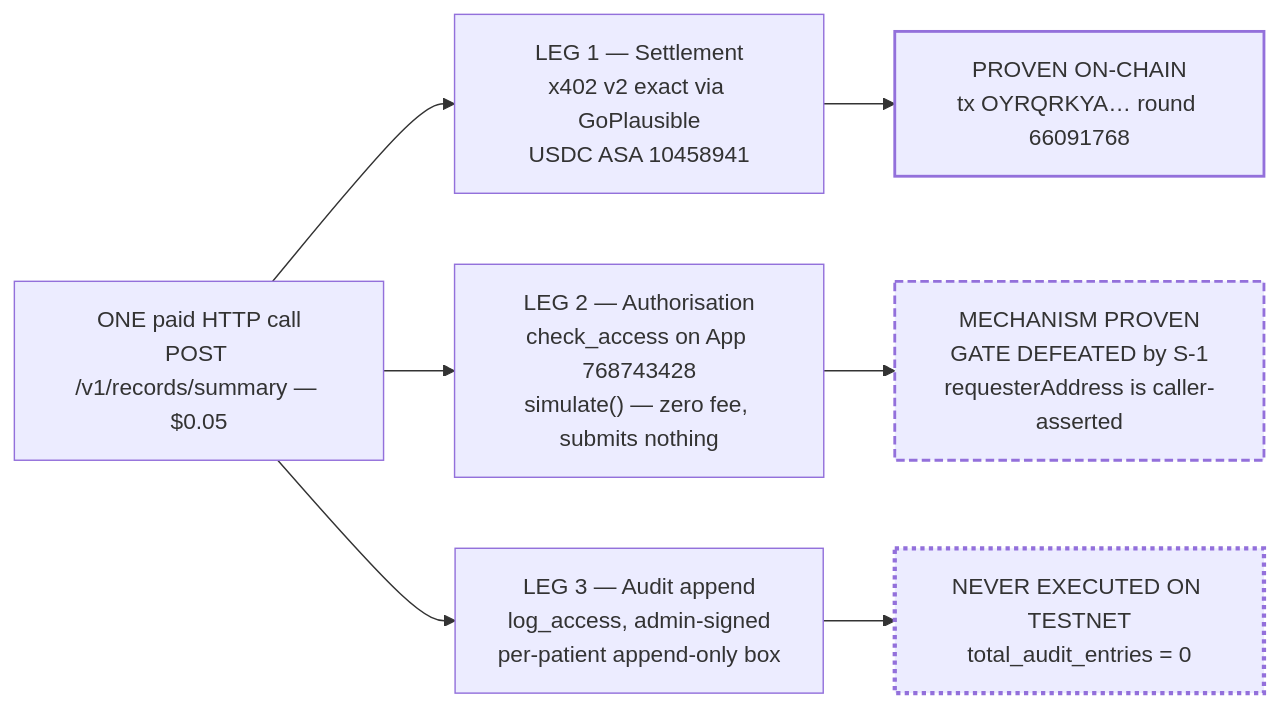
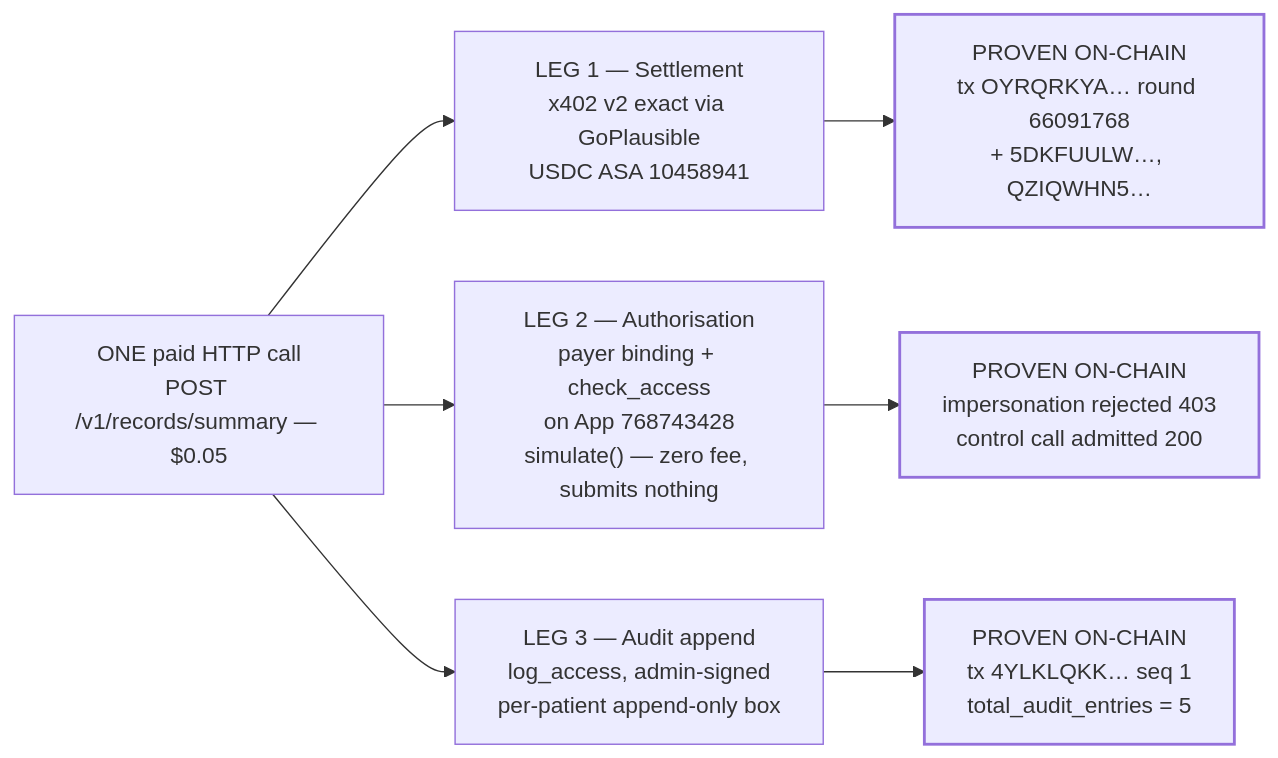
One commit to Hydra-Of-Malice/Medrail changed the diagram in docs/01_Product/USP_Novelty.md. Above: the diagram before and after it, drawn with Mermaid. The commit also changed other lines of this file and 77 other files, not shown here.

````diff
--- a/docs/01_Product/USP_Novelty.md
+++ b/docs/01_Product/USP_Novelty.md
@@ -29,18 +21,18 @@
 ```mermaid
 flowchart LR
     Call["ONE paid HTTP call<br/>POST /v1/records/summary — $0.05"]
     L1["LEG 1 — Settlement<br/>x402 v2 exact via GoPlausible<br/>USDC ASA 10458941"]
-    L2["LEG 2 — Authorisation<br/>check_access on App 768743428<br/>simulate() — zero fee, submits nothing"]
+    L2["LEG 2 — Authorisation<br/>payer binding + check_access<br/>on App 768743428<br/>simulate() — zero fee, submits nothing"]
     L3["LEG 3 — Audit append<br/>log_access, admin-signed<br/>per-patient append-only box"]
-    V1["PROVEN ON-CHAIN<br/>tx OYRQRKYA… round 66091768"]
-    V2["MECHANISM PROVEN<br/>GATE DEFEATED by S-1<br/>requesterAddress is caller-asserted"]
-    V3["NEVER EXECUTED ON TESTNET<br/>total_audit_entries = 0"]
+    V1["PROVEN ON-CHAIN<br/>tx OYRQRKYA… round 66091768<br/>+ 5DKFUULW…, QZIQWHN5…"]
+    V2["PROVEN ON-CHAIN<br/>impersonation rejected 403<br/>control call admitted 200"]
+    V3["PROVEN ON-CHAIN<br/>tx 4YLKLQKK… seq 1<br/>total_audit_entries = 5"]
 
     Call --> L1 --> V1
     Call --> L2 --> V2
     Call --> L3 --> V3
 
     style V1 stroke-width:2px
-    style V2 stroke-dasharray: 6 3,stroke-width:2px
-    style V3 stroke-dasharray: 3 3,stroke-width:3px
+    style V2 stroke-width:2px
+    style V3 stroke-width:2px
 ```
````
